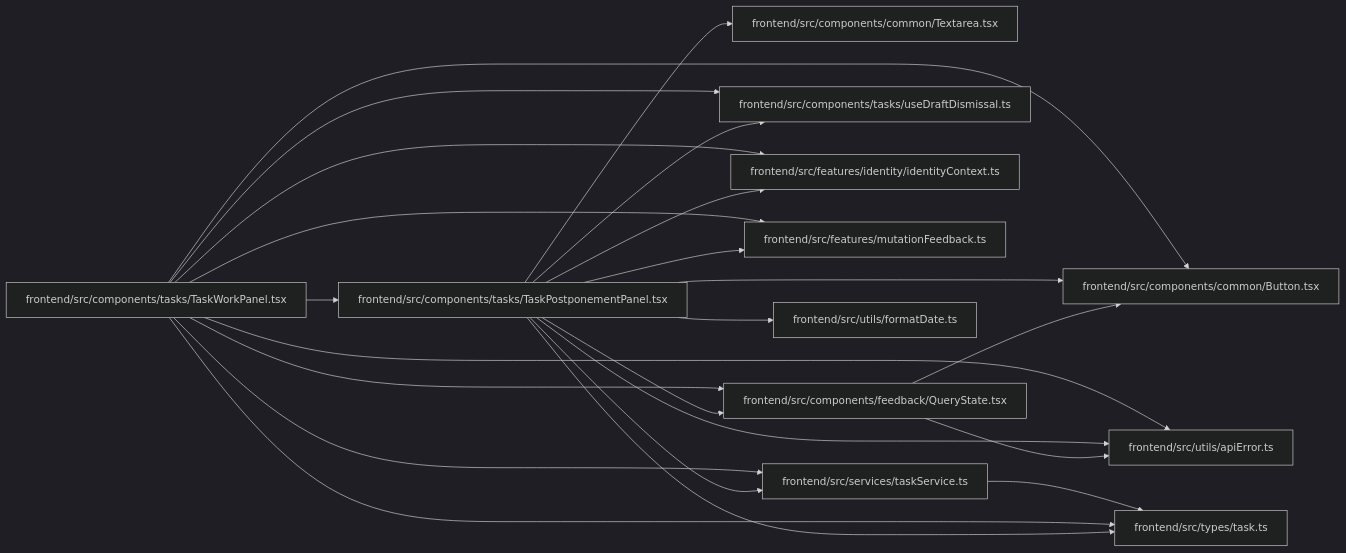
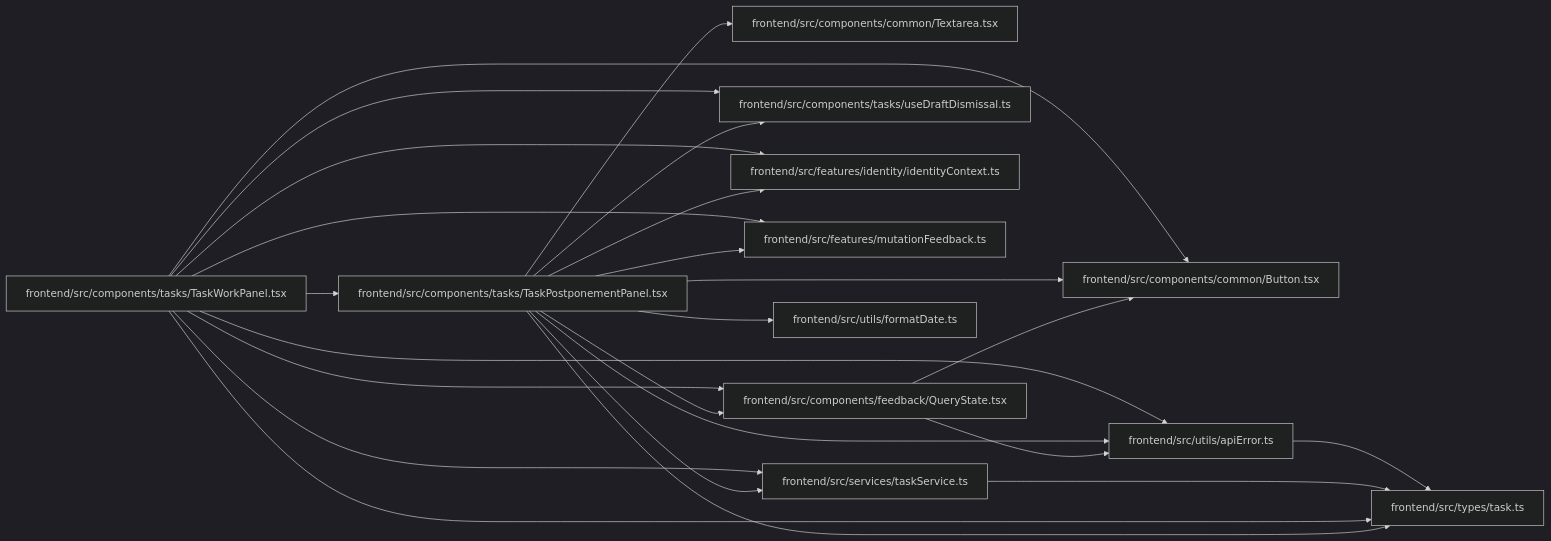
Before and after one commit to Denissvgn/WorkChord: the diagram in docs/llm_wiki/modules/TaskPostponementPanel.md, drawn with Mermaid (dark theme). The commit also changed 733 other files, not shown here.

Commit message:
Sync the architectural wiki for refusal next steps

````diff
--- a/docs/llm_wiki/modules/TaskPostponementPanel.md
+++ b/docs/llm_wiki/modules/TaskPostponementPanel.md
@@ -39,49 +39,50 @@
 ```mermaid
 flowchart LR
     n0["frontend/src/components/common/Button.tsx"]
     n1["frontend/src/components/common/Textarea.tsx"]
     n2["frontend/src/components/feedback/QueryState.tsx"]
     n3["frontend/src/components/tasks/TaskPostponementPanel.tsx"]
     n4["frontend/src/components/tasks/TaskWorkPanel.tsx"]
     n5["frontend/src/components/tasks/useDraftDismissal.ts"]
     n6["frontend/src/features/identity/identityContext.ts"]
     n7["frontend/src/features/mutationFeedback.ts"]
     n8["frontend/src/services/taskService.ts"]
     n9["frontend/src/types/task.ts"]
     n10["frontend/src/utils/apiError.ts"]
     n11["frontend/src/utils/formatDate.ts"]
     n2 --> n0
     n2 --> n10
     n3 --> n0
     n3 --> n1
     n3 --> n2
     n3 --> n5
     n3 --> n6
     n3 --> n7
     n3 --> n8
     n3 --> n9
     n3 --> n10
     n3 --> n11
     n4 --> n0
     n4 --> n2
     n4 --> n3
     n4 --> n5
     n4 --> n6
     n4 --> n7
     n4 --> n8
     n4 --> n9
     n4 --> n10
     n8 --> n9
+    n10 --> n9
     click n0 "../modules/Button.md"
     click n1 "../modules/Textarea.md"
     click n2 "../modules/QueryState.md"
     click n3 "../modules/TaskPostponementPanel.md"
     click n4 "../modules/TaskWorkPanel.md"
     click n5 "../modules/useDraftDismissal.md"
     click n6 "../modules/identityContext.md"
     click n7 "../modules/mutationFeedback.md"
     click n8 "../modules/taskService.md"
     click n9 "../modules/types_task.md"
     click n10 "../modules/apiError.md"
     click n11 "../modules/formatDate.md"
 ```
````
